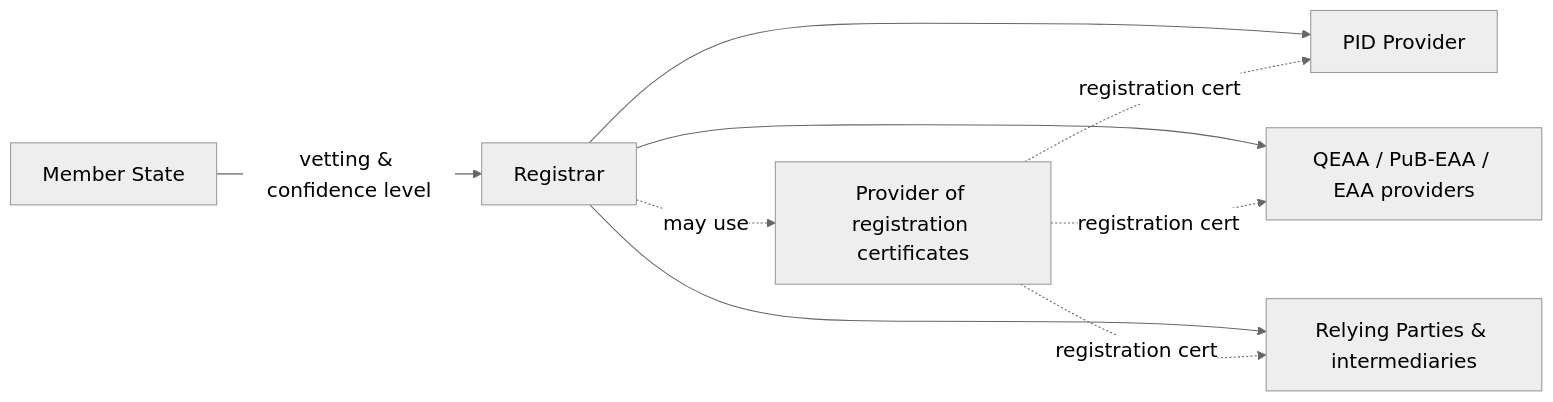
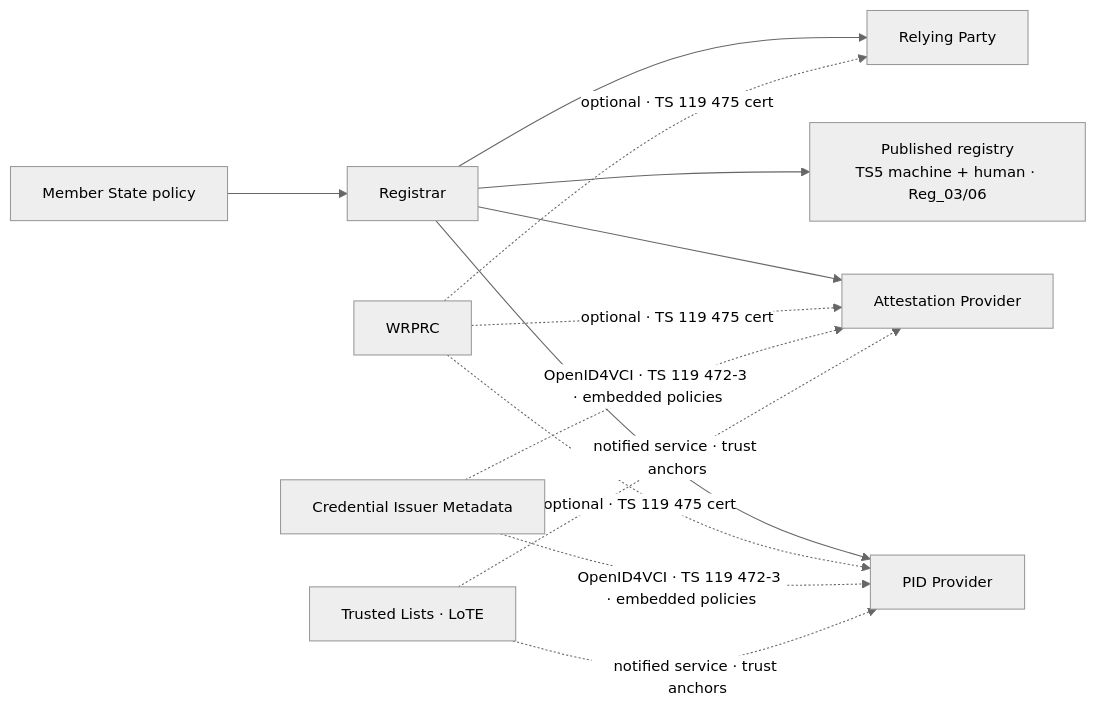
One commit to peppelinux/Wallet-Presentations changed the diagram in trust-management-eudi-wallet/diagrams/d06-registration.mmd. Above: the diagram before and after it, drawn with Mermaid. The commit also changed 7 other files, not shown here.

```diff
--- a/trust-management-eudi-wallet/diagrams/d06-registration.mmd
+++ b/trust-management-eudi-wallet/diagrams/d06-registration.mmd
@@ -1,8 +1,18 @@
-%%{init: {'theme': 'neutral', 'themeVariables': { 'fontSize': '19px'}}}%%
+%%{init: {'theme': 'neutral', 'themeVariables': { 'fontSize': '14px'}}}%%
 flowchart LR
-  MS[Member State] -->|vetting & confidence level| REG[Registrar]
+  MS[Member State policy] --> REG[Registrar]
+  REG --> NR[Published registry<br/>TS5 machine + human · Reg_03/06]
+
   REG --> PID[PID Provider]
-  REG --> AP[QEAA / PuB-EAA / EAA providers]
-  REG --> RP[Relying Parties & intermediaries]
-  REG -.->|may use| PRC[Provider of registration certificates]
-  PRC -.->|registration cert| PID & AP & RP
+  REG --> AP[Attestation Provider]
+  REG --> RP[Relying Party]
+
+  PRC[WRPRC] -.->|optional · TS 119 475 cert| PID
+  PRC -.->|optional · TS 119 475 cert| AP
+  PRC -.->|optional · TS 119 475 cert| RP
+
+  CIM[Credential Issuer Metadata] -.->|OpenID4VCI · TS 119 472-3 · embedded policies| PID
+  CIM -.->|OpenID4VCI · TS 119 472-3 · embedded policies| AP
+
+  TL[Trusted Lists · LoTE] -.->|notified service · trust anchors| PID
+  TL -.->|notified service · trust anchors| AP
```
